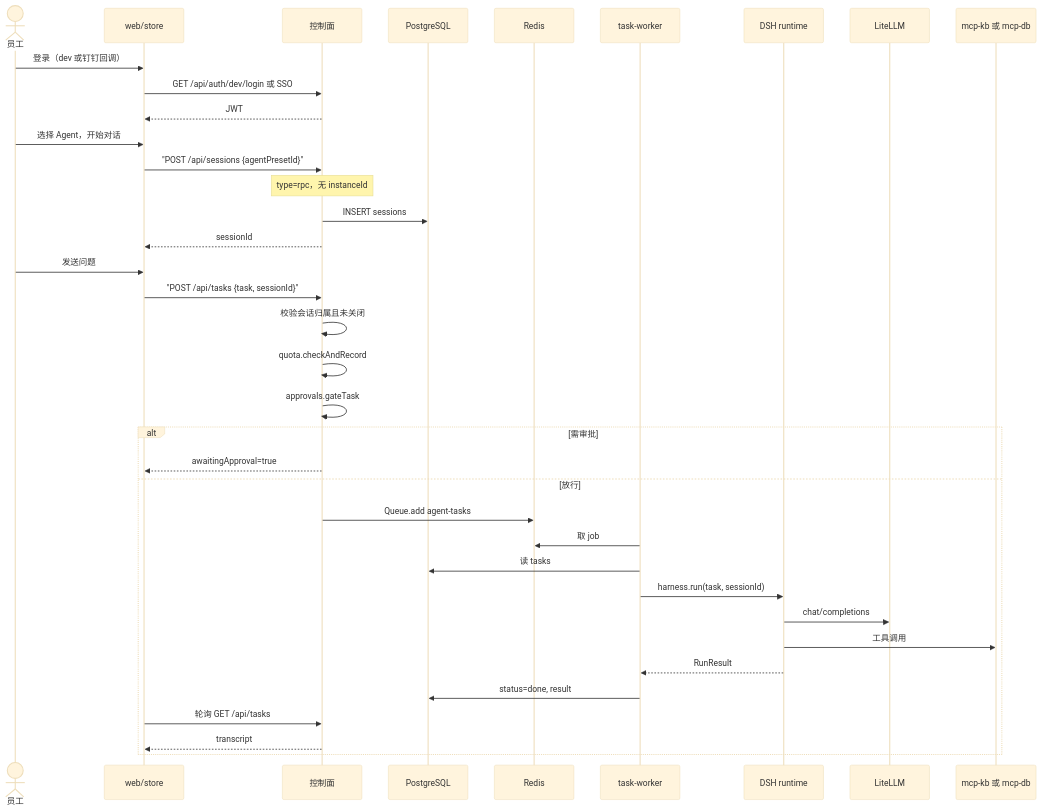
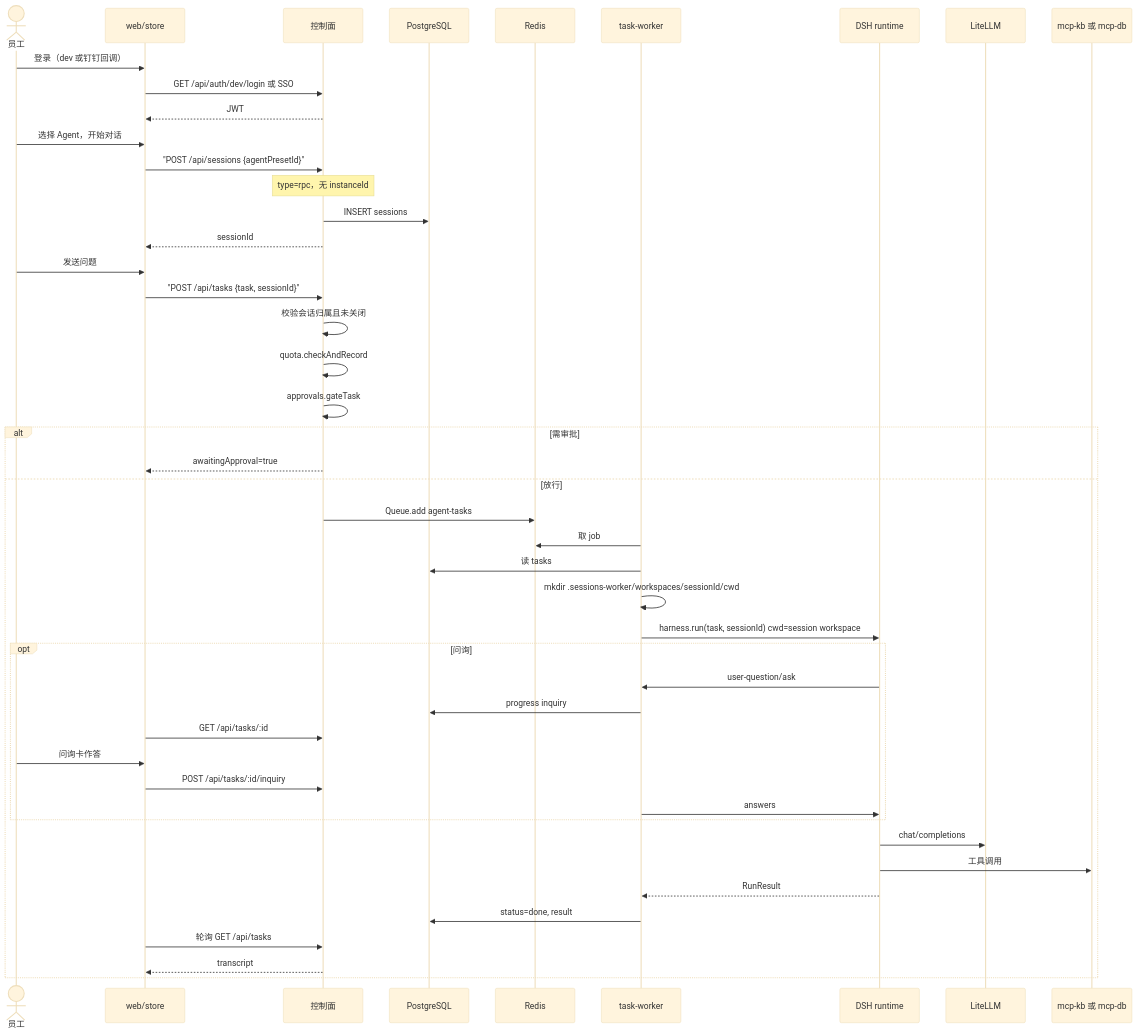
Before and after one commit to jackyqj/ai-agent-platform: the fifth of 12 diagrams in docs/system-arch42.md, drawn with Mermaid (base theme). The commit also changed other lines of this file and 61 other files, not shown here.

Commit message:
Confine employee agents to per-session workspaces and make the store chat a bounded, scrollable timeline.

````diff
--- a/docs/system-arch42.md
+++ b/docs/system-arch42.md
@@ -385,40 +386,49 @@
 ```mermaid
 sequenceDiagram
   actor U as 员工
   participant UI as web/store
   participant CP as 控制面
   participant PG as PostgreSQL
   participant R as Redis
   participant W as task-worker
   participant DSH as DSH runtime
   participant GW as LiteLLM
   participant MCP as mcp-kb 或 mcp-db
 
   U->>UI: 登录（dev 或钉钉回调）
   UI->>CP: GET /api/auth/dev/login 或 SSO
   CP-->>UI: JWT
   U->>UI: 选择 Agent，开始对话
   UI->>CP: "POST /api/sessions {agentPresetId}"
   Note over CP: type=rpc，无 instanceId
   CP->>PG: INSERT sessions
   CP-->>UI: sessionId
   U->>UI: 发送问题
   UI->>CP: "POST /api/tasks {task, sessionId}"
   CP->>CP: 校验会话归属且未关闭
   CP->>CP: quota.checkAndRecord
   CP->>CP: approvals.gateTask
   alt 需审批
     CP-->>UI: awaitingApproval=true
   else 放行
     CP->>R: Queue.add agent-tasks
     W->>R: 取 job
     W->>PG: 读 tasks
-    W->>DSH: harness.run(task, sessionId)
+    W->>W: mkdir .sessions-worker/workspaces/sessionId/cwd
+    W->>DSH: harness.run(task, sessionId) cwd=session workspace
+    opt 问询
+      DSH->>W: user-question/ask
+      W->>PG: progress inquiry
+      UI->>CP: GET /api/tasks/:id
+      U->>UI: 问询卡作答
+      UI->>CP: POST /api/tasks/:id/inquiry
+      W->>DSH: answers
+    end
     DSH->>GW: chat/completions
     DSH->>MCP: 工具调用
     DSH-->>W: RunResult
     W->>PG: status=done, result
     UI->>CP: 轮询 GET /api/tasks
     CP-->>UI: transcript
   end
 ```
````
